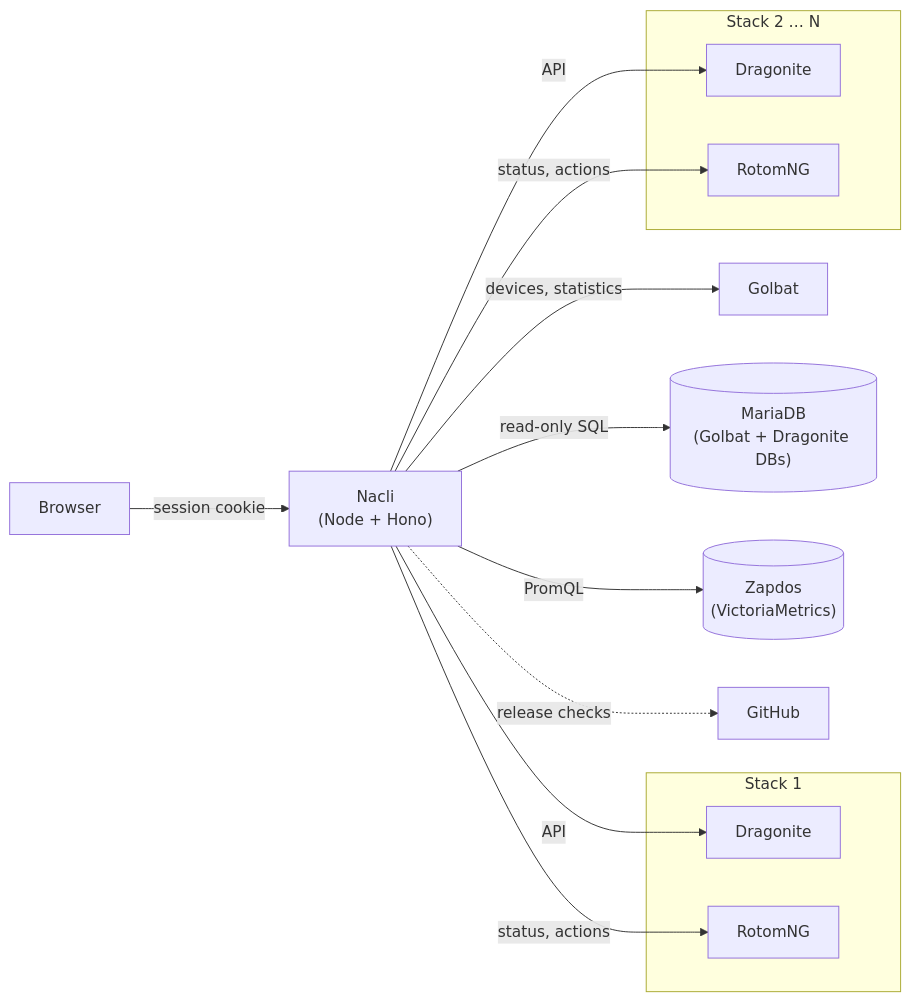
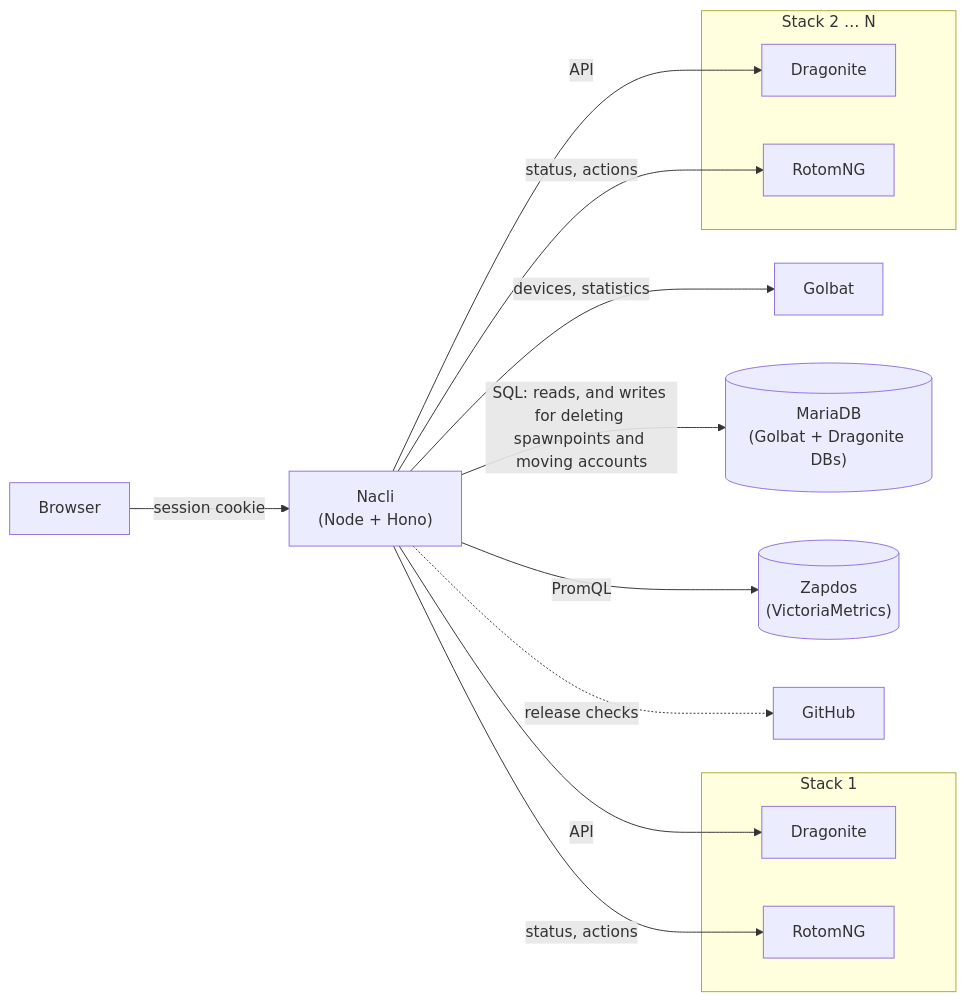
One commit to prof-miles0/nacli changed the diagram in README.md. Above: the diagram before and after it, drawn with Mermaid. The commit also changed other lines of this file and 4 other files, not shown here.

First line of the commit message:
Grant the database per table and per feature, and draw it in the stack diagram

````diff
--- a/README.md
+++ b/README.md
@@ -337,18 +351,18 @@
 ```mermaid
 flowchart LR
     B["Browser"] -- "session cookie" --> N["Nacli<br/>(Node + Hono)"]
     subgraph S1["Stack 1"]
       D1["Dragonite"]
       R1["RotomNG"]
     end
     subgraph S2["Stack 2 … N"]
       D2["Dragonite"]
       R2["RotomNG"]
     end
     N -- "API" --> D1 & D2
     N -- "status, actions" --> R1 & R2
     N -- "devices, statistics" --> G["Golbat"]
-    N -- "read-only SQL" --> M[("MariaDB<br/>(Golbat + Dragonite DBs)")]
+    N -- "SQL: reads, and writes for deleting spawnpoints and moving accounts" --> M[("MariaDB<br/>(Golbat + Dragonite DBs)")]
     N -- "PromQL" --> V[("Zapdos<br/>(VictoriaMetrics)")]
     N -. "release checks" .-> GH["GitHub"]
 ```
````
